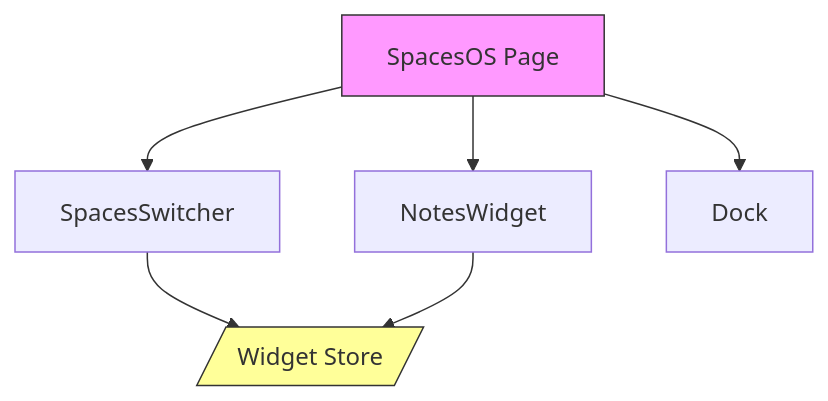
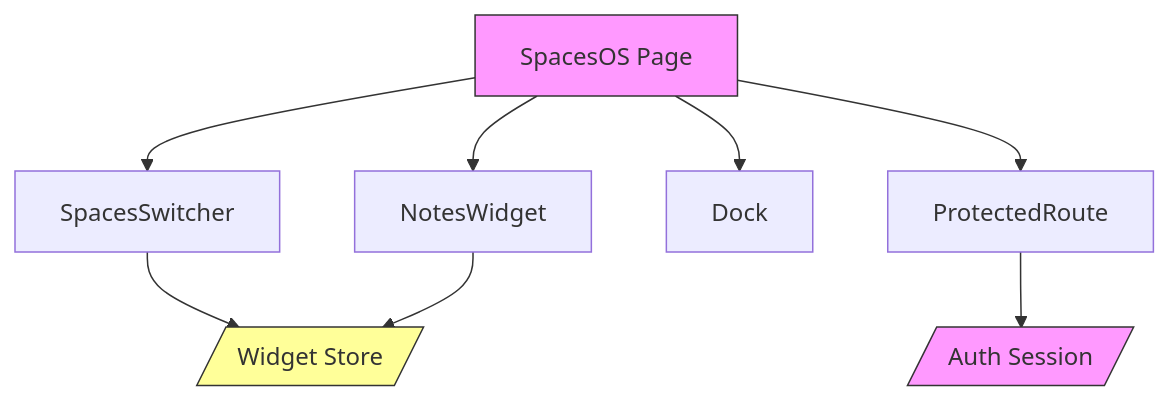
One commit to terryyaki/Project_Mark_I changed the diagram in docs/modules/spaces/SPACES.md. Above: the diagram before and after it, drawn with Mermaid. The commit also changed 4 other files, not shown here.

````diff
--- a/docs/modules/spaces/SPACES.md
+++ b/docs/modules/spaces/SPACES.md
@@ -13,12 +13,15 @@
 ```mermaid
 graph TD
     A[SpacesOS Page] --> B[SpacesSwitcher]
     A --> C[NotesWidget]
     A --> D[Dock]
+    A --> E[ProtectedRoute]
     
-    B --> E[/Widget Store/]
-    C --> E
+    B --> F[/Widget Store/]
+    C --> F
+    E --> G[/Auth Session/]
     
     style A fill:#f9f,stroke:#333
-    style E fill:#ff9,stroke:#333
+    style F fill:#ff9,stroke:#333
+    style G fill:#f9f,stroke:#333
 ```
````
